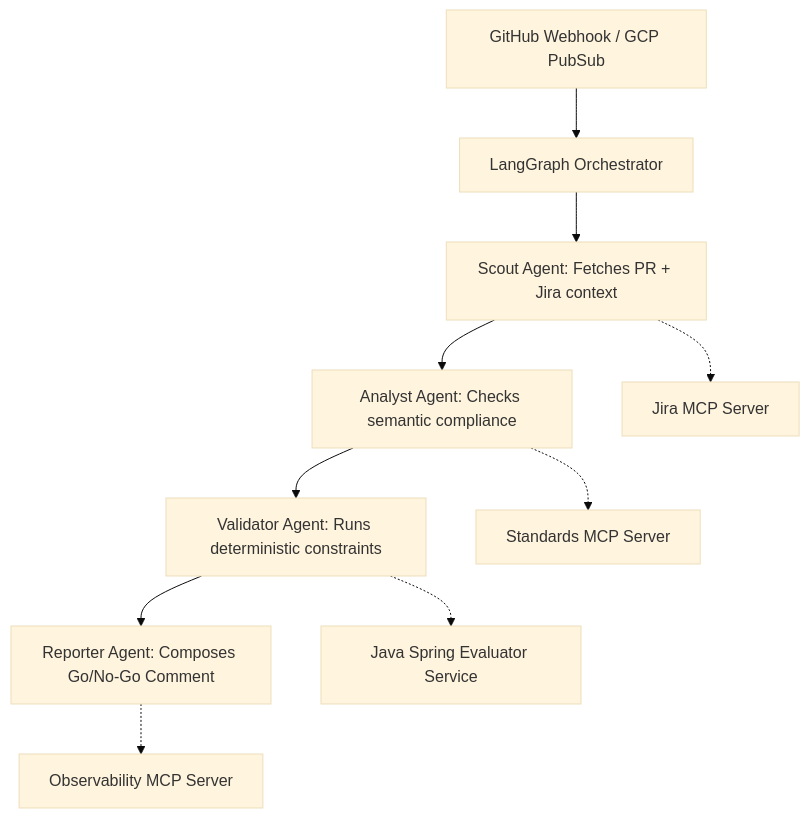
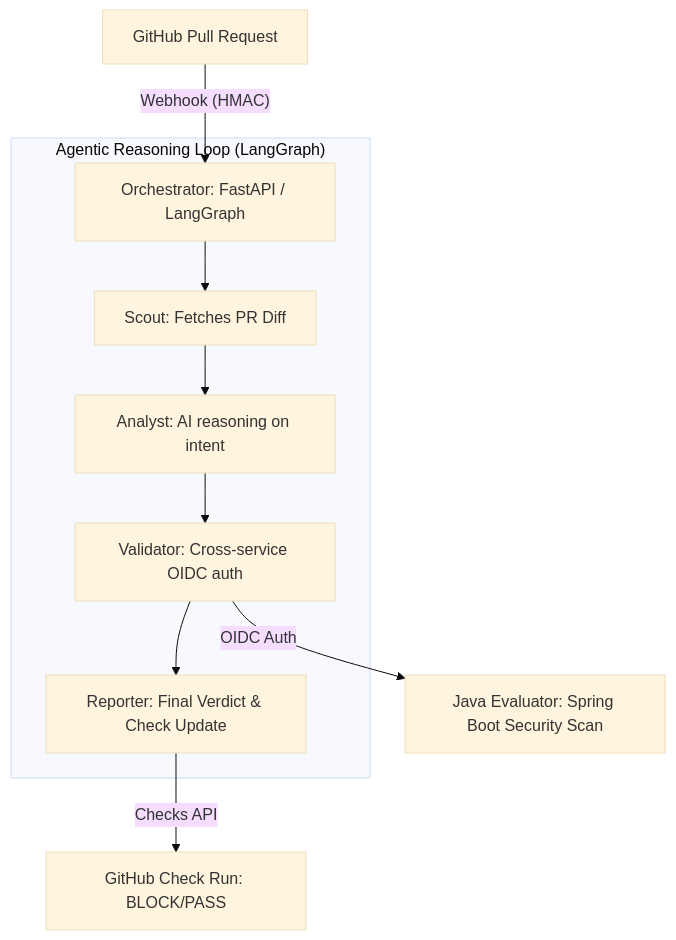
One commit to tbrom/pr-compliance-agent changed the diagram in README.md. Above: the diagram before and after it, drawn with Mermaid (base theme). The commit also changed other lines of this file, not shown here.

Commit message:
Docs: Major README overhaul to reflect production architecture and features

````diff
--- a/README.md
+++ b/README.md
@@ -9,13 +11,14 @@
 ```mermaid
 graph TD
-    A[GitHub Webhook / GCP PubSub] --> B[LangGraph Orchestrator]
-    B --> Node1[Scout Agent: Fetches PR + Jira context]
-    Node1 --> Node2[Analyst Agent: Checks semantic compliance]
-    Node2 --> Node3[Validator Agent: Runs deterministic constraints]
-    Node3 --> Node4[Reporter Agent: Composes Go/No-Go Comment]
+    A[GitHub Pull Request] -- Webhook (HMAC) --> B[Orchestrator: FastAPI / LangGraph]
     
-    Node1 -.-> Jira[Jira MCP Server]
-    Node2 -.-> Std[Standards MCP Server]
-    Node4 -.-> Obs[Observability MCP Server]
-    Node3 -.-> Eval[Java Spring Evaluator Service]
+    subgraph "Agentic Reasoning Loop (LangGraph)"
+    B --> Scout[Scout: Fetches PR Diff]
+    Scout --> Analyst[Analyst: AI reasoning on intent]
+    Analyst --> Validator[Validator: Cross-service OIDC auth]
+    Validator --> Reporter[Reporter: Final Verdict & Check Update]
+    end
+    
+    Validator -- OIDC Auth --> Java[Java Evaluator: Spring Boot Security Scan]
+    Reporter -- Checks API --> GH_Checks[GitHub Check Run: BLOCK/PASS]
 ```
````
